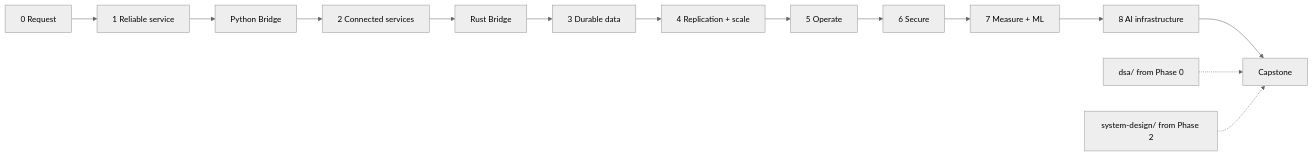
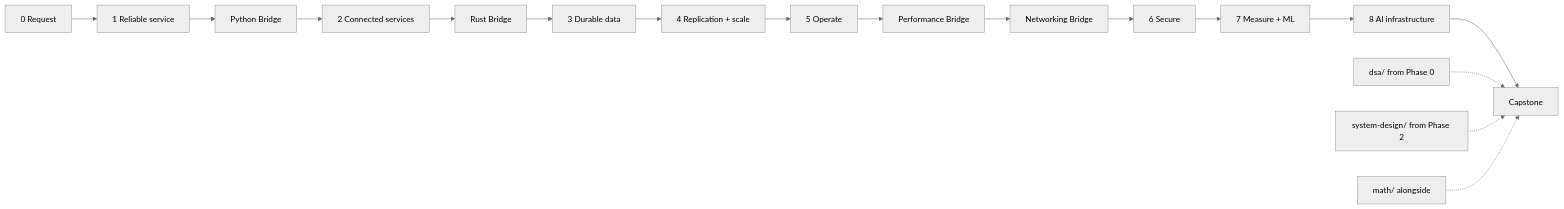
The second of 2 diagrams in JOURNEY.md (nickemma/Nicholas-Engineering-Blueprint), drawn with Mermaid (neutral theme) before and after one commit. The commit also changed other lines of this file and 5 other files, not shown here.

```diff
--- a/JOURNEY.md
+++ b/JOURNEY.md
@@ -173,8 +176,10 @@
 ~~~mermaid
 flowchart LR
     P0[0 Request] --> P1[1 Reliable service] --> PY[Python Bridge] --> P2[2 Connected services]
     P2 --> RB[Rust Bridge] --> P3[3 Durable data] --> P4[4 Replication + scale]
-    P4 --> P5[5 Operate] --> P6[6 Secure] --> P7[7 Measure + ML] --> P8[8 AI infrastructure] --> C[Capstone]
+    P4 --> P5[5 Operate] --> PB[Performance Bridge] --> NB[Networking Bridge] --> P6[6 Secure]
+    P6 --> P7[7 Measure + ML] --> P8[8 AI infrastructure] --> C[Capstone]
     DSA[dsa/ from Phase 0] -.-> C
     SD[system-design/ from Phase 2] -.-> C
+    M[math/ alongside] -.-> C
 ~~~
```
